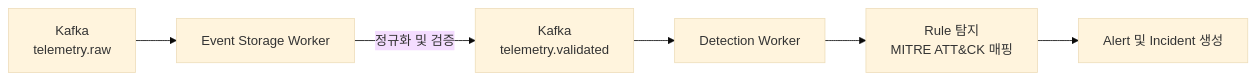
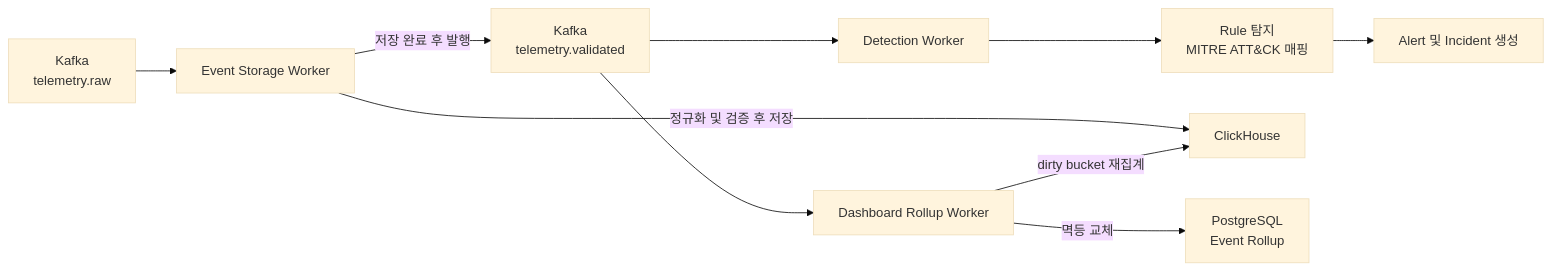
The second of 3 diagrams in README.md (Techeer-Bootcamp-2026-Summer-Team-C/team-C), drawn with Mermaid (base theme) before and after one commit. The commit also changed other lines of this file and 66 other files, not shown here.

````diff
--- a/README.md
+++ b/README.md
@@ -97,15 +97,22 @@
 ```mermaid
 flowchart LR
     A["Kafka<br/>telemetry.raw"]
     B["Event Storage Worker"]
     C["Kafka<br/>telemetry.validated"]
     D["Detection Worker"]
     E["Rule 탐지<br/>MITRE ATT&CK 매핑"]
     F["Alert 및 Incident 생성"]
+    G["ClickHouse"]
+    H["Dashboard Rollup Worker"]
+    I["PostgreSQL<br/>Event Rollup"]
 
     A --> B
-    B -->|"정규화 및 검증"| C
+    B -->|"정규화 및 검증 후 저장"| G
+    B -->|"저장 완료 후 발행"| C
     C --> D
+    C --> H
     D --> E
     E --> F
+    H -->|"dirty bucket 재집계"| G
+    H -->|"멱등 교체"| I
 ```
````
